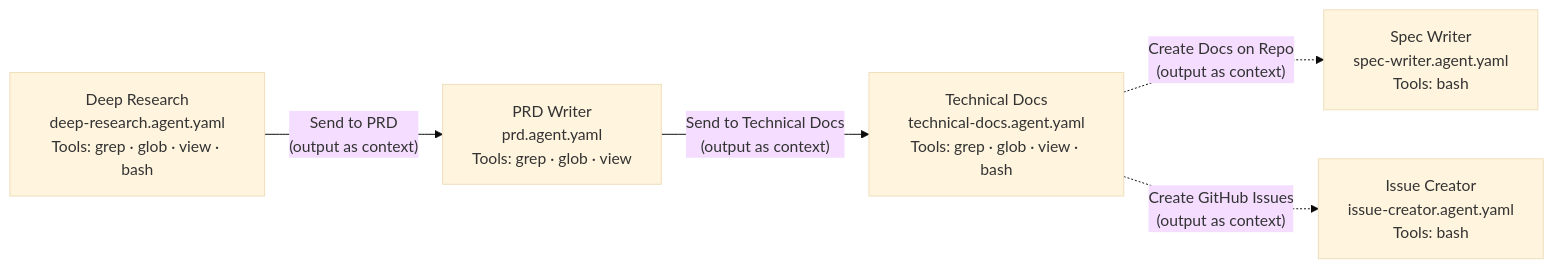
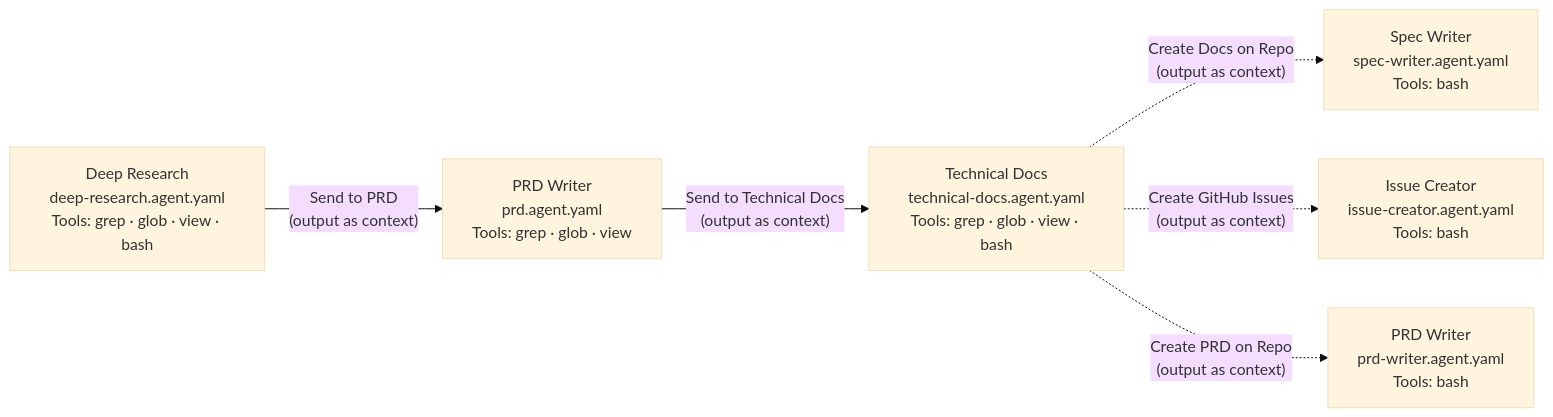
One commit to ricardocovo/agentic-web-spec changed the sixth of 6 diagrams in ARCHITECTURE.md. Above: the diagram before and after it, drawn with Mermaid (base theme). The commit also changed other lines of this file and 1 other file, not shown here.

First line of the commit message:
docs: update README and ARCHITECTURE to reflect all current features

````diff
--- a/ARCHITECTURE.md
+++ b/ARCHITECTURE.md
@@ -147,13 +148,16 @@
 ```mermaid
 flowchart LR
     DR["Deep Research\ndeep-research.agent.yaml\nTools: grep · glob · view · bash"]
     PRD["PRD Writer\nprd.agent.yaml\nTools: grep · glob · view"]
     TD["Technical Docs\ntechnical-docs.agent.yaml\nTools: grep · glob · view · bash"]
     SW["Spec Writer\nspec-writer.agent.yaml\nTools: bash"]
     IC["Issue Creator\nissue-creator.agent.yaml\nTools: bash"]
 
     DR -- "Send to PRD\n(output as context)" --> PRD
     PRD -- "Send to Technical Docs\n(output as context)" --> TD
     TD -. "Create Docs on Repo\n(output as context)" .-> SW
     TD -. "Create GitHub Issues\n(output as context)" .-> IC
+    TD -. "Create PRD on Repo\n(output as context)" .-> PW
+
+    PW["PRD Writer\nprd-writer.agent.yaml\nTools: bash"]
 ```
````
